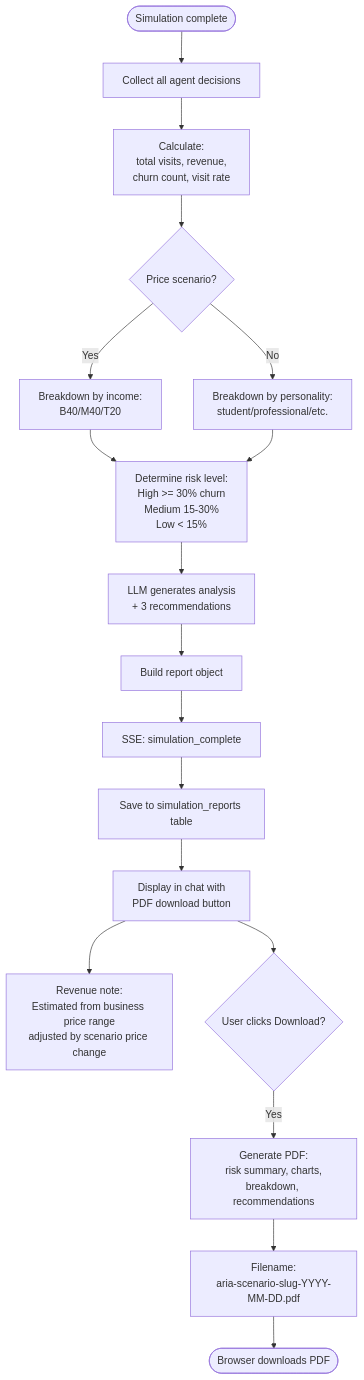
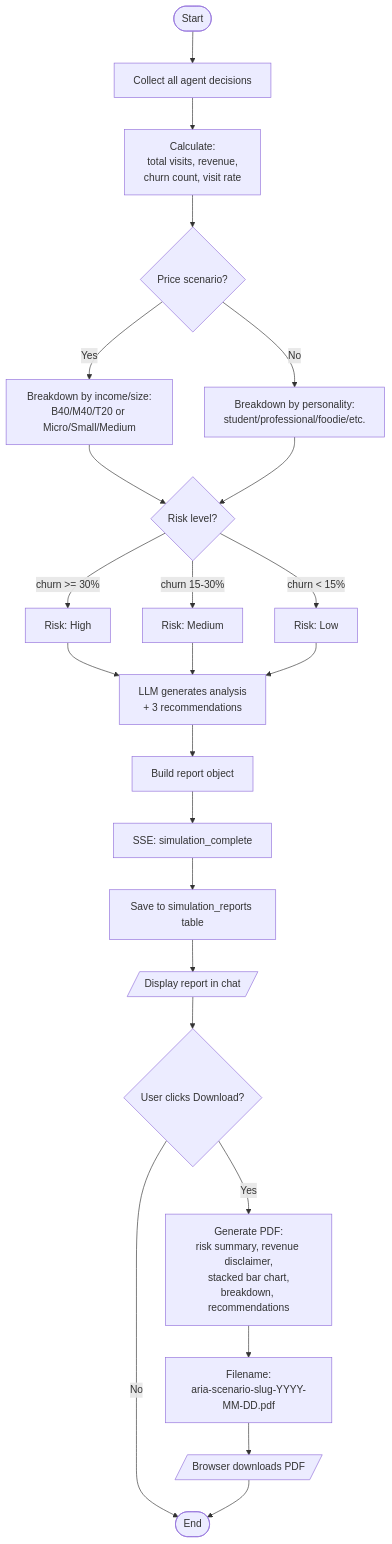
The seventh of 11 diagrams in docs/SYSTEM_FLOWCHARTS.md (shuichi2344/ARIA), drawn with Mermaid before and after one commit. The commit also changed other lines of this file, not shown here.

Commit message:
update system flowchart

````diff
--- a/docs/SYSTEM_FLOWCHARTS.md
+++ b/docs/SYSTEM_FLOWCHARTS.md
@@ -211,27 +218,29 @@
 ```mermaid
 flowchart TD
-    Start([Simulation complete]) --> Collect[Collect all agent decisions]
+    Start([Start]) --> Collect[Collect all agent decisions]
     Collect --> CalcMetrics[Calculate:<br/>total visits, revenue,<br/>churn count, visit rate]
     
     CalcMetrics --> ScenarioType{Price scenario?}
-    ScenarioType -->|Yes| IncomeBreakdown[Breakdown by income:<br/>B40/M40/T20]
-    ScenarioType -->|No| PersonalityBreakdown[Breakdown by personality:<br/>student/professional/etc.]
+    ScenarioType -->|Yes| IncomeBreakdown[Breakdown by income/size:<br/>B40/M40/T20 or Micro/Small/Medium]
+    ScenarioType -->|No| PersonalityBreakdown[Breakdown by personality:<br/>student/professional/foodie/etc.]
     
     IncomeBreakdown --> Risk
-    PersonalityBreakdown --> Risk[Determine risk level:<br/>High >= 30% churn<br/>Medium 15-30%<br/>Low < 15%]
-    
-    Risk --> LLMRecs[LLM generates analysis<br/>+ 3 recommendations]
+    PersonalityBreakdown --> Risk{Risk level?}
+    Risk -->|churn >= 30%| High[Risk: High]
+    Risk -->|churn 15-30%| Medium[Risk: Medium]
+    Risk -->|churn < 15%| Low[Risk: Low]
+    High --> LLMRecs
+    Medium --> LLMRecs
+    Low --> LLMRecs[LLM generates analysis<br/>+ 3 recommendations]
     LLMRecs --> BuildReport[Build report object]
     BuildReport --> Stream[SSE: simulation_complete]
     Stream --> SaveDB[Save to simulation_reports table]
-    SaveDB --> ShowChat[Display in chat with<br/>PDF download button]
+    SaveDB --> ShowChat[/Display report in chat/]
     
-    %% --- Revenue Calculation ---
-    ShowChat --> RevNote[Revenue note:<br/>Estimated from business price range<br/>adjusted by scenario price change]
-    
-    %% --- PDF ---
     ShowChat --> PDF{User clicks Download?}
-    PDF -->|Yes| GenPDF[Generate PDF:<br/>risk summary, charts,<br/>breakdown, recommendations]
+    PDF -->|No| End([End])
+    PDF -->|Yes| GenPDF[Generate PDF:<br/>risk summary, revenue disclaimer,<br/>stacked bar chart,<br/>breakdown, recommendations]
     GenPDF --> Filename[Filename:<br/>aria-scenario-slug-YYYY-MM-DD.pdf]
-    Filename --> Download([Browser downloads PDF])
+    Filename --> Download[/Browser downloads PDF/]
+    Download --> End
 ```
````
